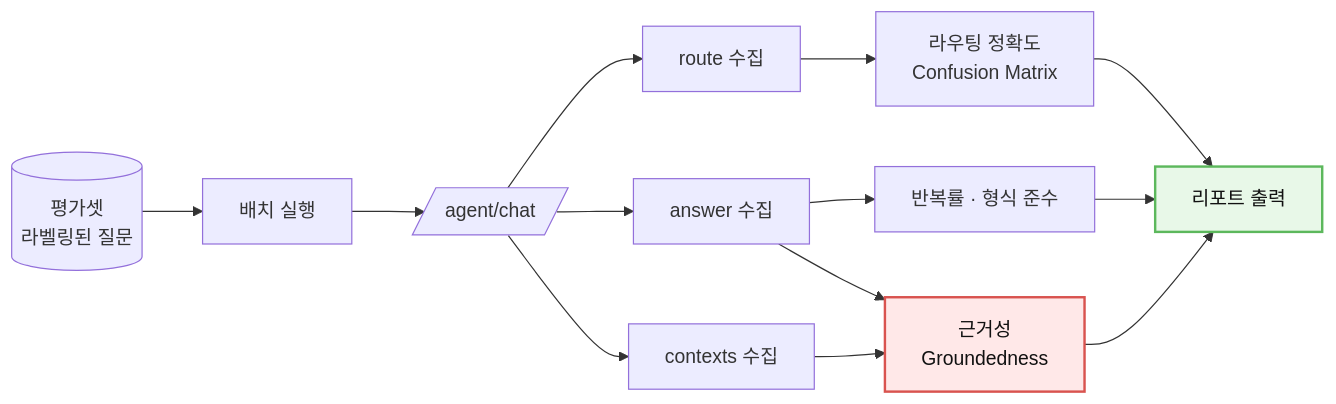
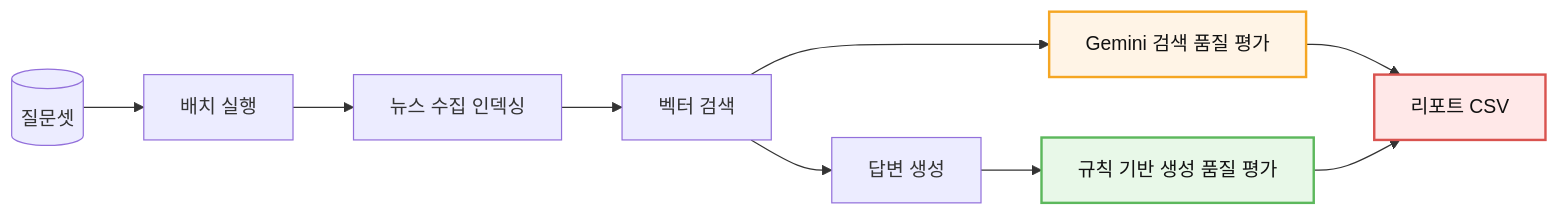
One commit to Dongju-00/eric-chatagent changed the eighth of 10 diagrams in README.md. Above: the diagram before and after it, drawn with Mermaid. The commit also changed other lines of this file and 1 other file, not shown here.

````diff
--- a/README.md
+++ b/README.md
@@ -397,17 +400,17 @@
 ```mermaid
 flowchart LR
-    TS[(평가셋<br/>라벨링된 질문)] --> RUN[배치 실행]
-    RUN --> API[/agent/chat/]
-    API --> R1[route 수집]
-    API --> R2[answer 수집]
-    API --> R3[contexts 수집]
+    TS[(질문셋)] --> RUN[배치 실행]
+    RUN --> SEARCH[뉴스 수집 인덱싱]
+    SEARCH --> RET[벡터 검색]
 
-    R1 --> M1[라우팅 정확도<br/>Confusion Matrix]
-    R2 --> M2[반복률 · 형식 준수]
-    R2 & R3 --> M3[근거성<br/>Groundedness]
+    RET --> JUDGE[Gemini 검색 품질 평가]
+    RET --> GEN[답변 생성]
+    GEN --> RULE[규칙 기반 생성 품질 평가]
 
-    M1 & M2 & M3 --> REP[리포트 출력]
+    JUDGE --> REP[리포트 CSV]
+    RULE --> REP
 
-    style M3 fill:#ffe8e8,stroke:#d9534f,stroke-width:2px,color:#111111
-    style REP fill:#e8f8e8,stroke:#5cb85c,stroke-width:2px,color:#111111
+    style JUDGE fill:#fff4e6,stroke:#f5a623,stroke-width:2px,color:#111111
+    style RULE fill:#e8f8e8,stroke:#5cb85c,stroke-width:2px,color:#111111
+    style REP fill:#ffe8e8,stroke:#d9534f,stroke-width:2px,color:#111111
 ```
````
